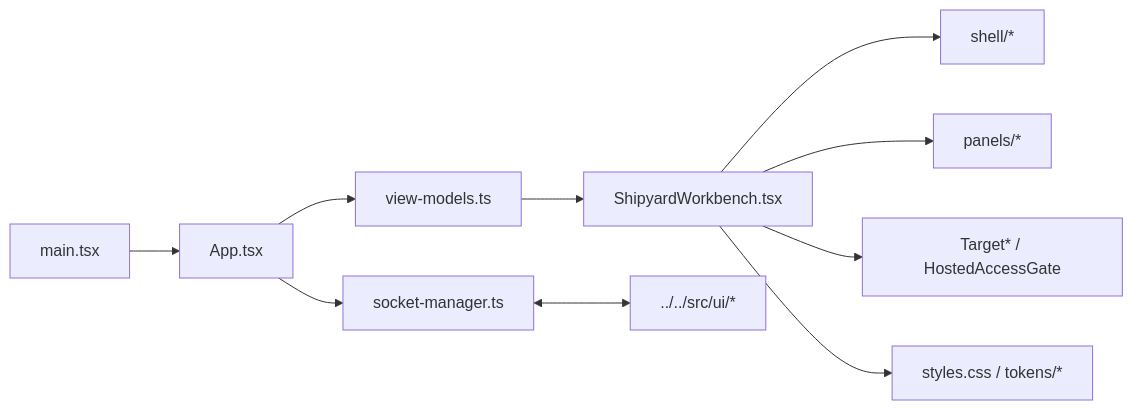
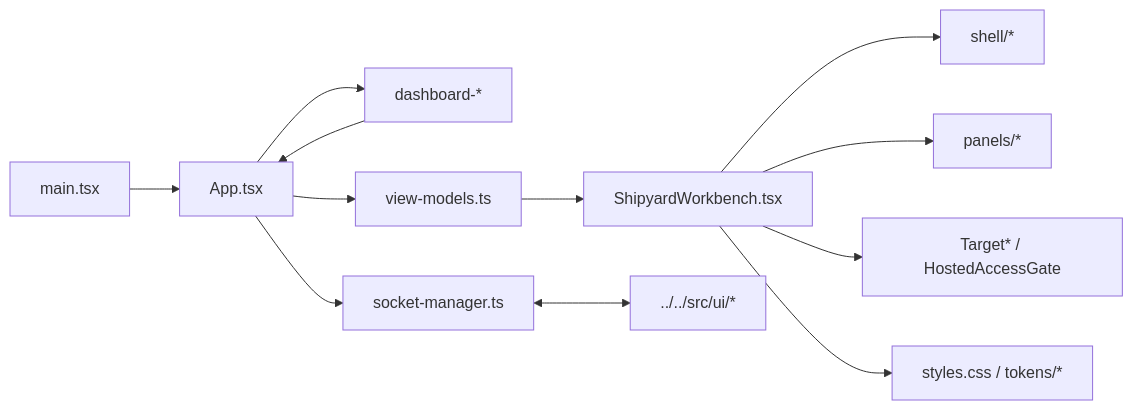
The diagram in shipyard/ui/src/README.md (thisisyoussef/shipyard), drawn with Mermaid before and after one commit. The commit also changed other lines of this file and 20 other files, not shown here.

Commit message:
feat(ui): wire live dashboard catalog and launch flow

````diff
--- a/shipyard/ui/src/README.md
+++ b/shipyard/ui/src/README.md
@@ -53,23 +61,26 @@
 ```mermaid
 flowchart LR
   Main["main.tsx"]
   App["App.tsx"]
+  Dashboard["dashboard-*"]
   Socket["socket-manager.ts"]
   Vm["view-models.ts"]
   Workbench["ShipyardWorkbench.tsx"]
   Shell["shell/*"]
   Panels["panels/*"]
   TargetUi["Target* / HostedAccessGate"]
   Styles["styles.css / tokens/*"]
   Backend["../../src/ui/*"]
 
   Main --> App
+  App --> Dashboard
   App --> Socket
   Socket <--> Backend
   App --> Vm
+  Dashboard --> App
   Vm --> Workbench
   Workbench --> Shell
   Workbench --> Panels
   Workbench --> TargetUi
   Workbench --> Styles
 ```
````
